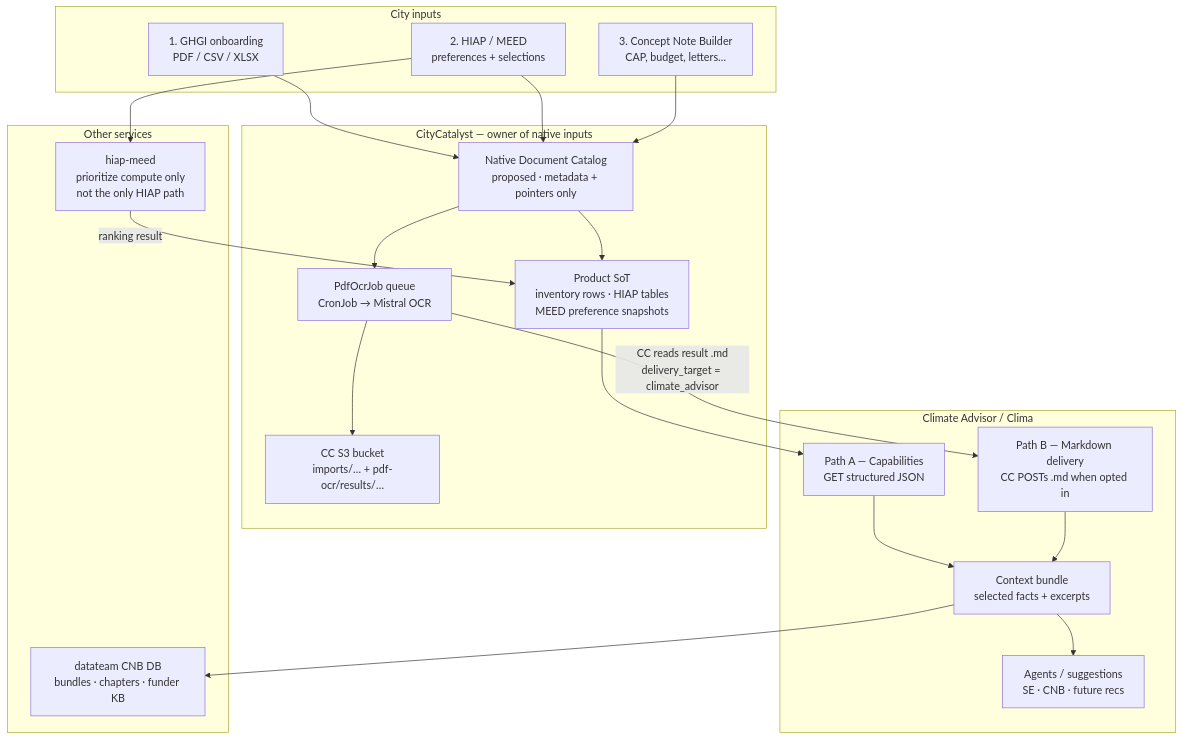
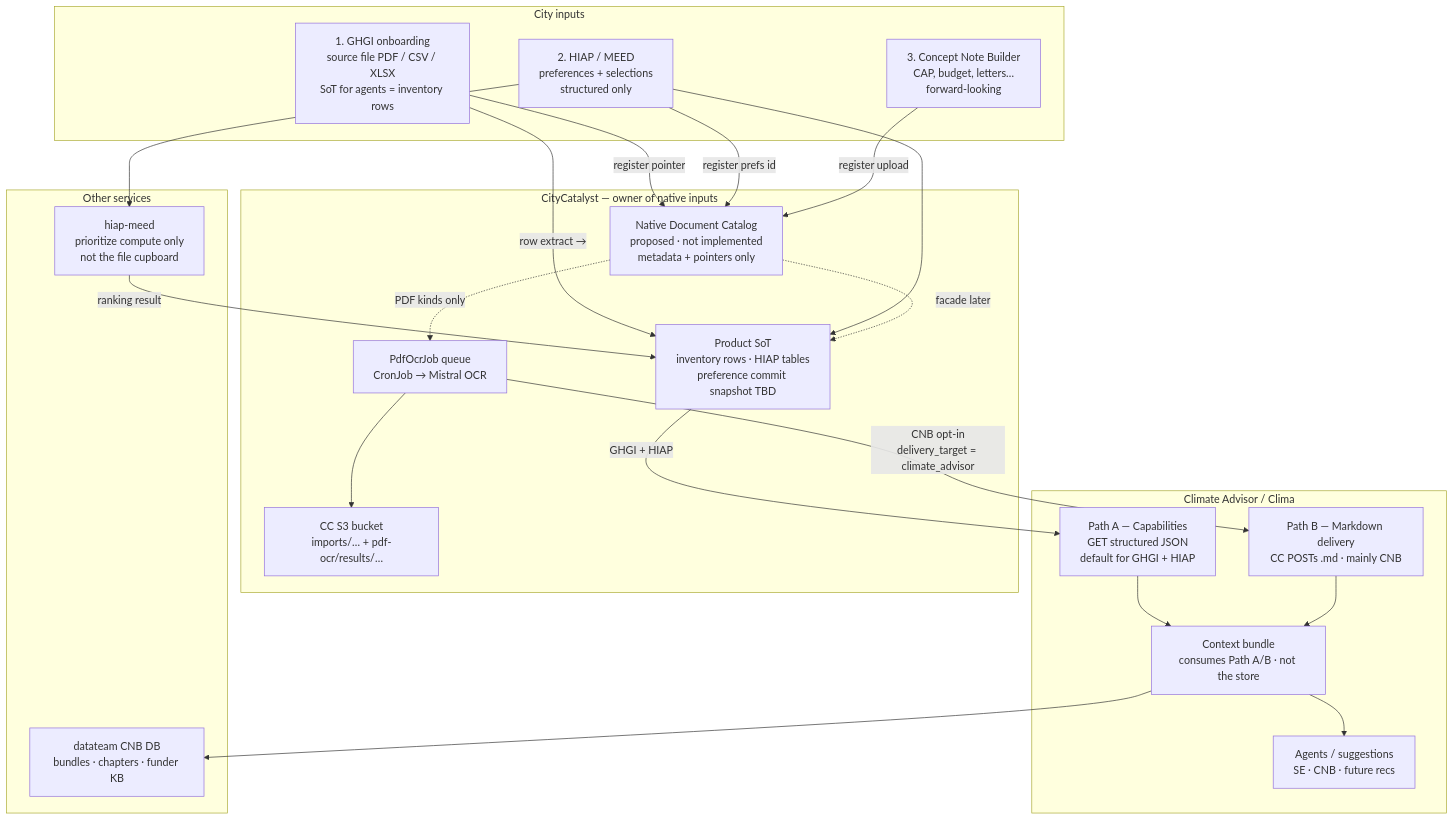
One commit to Open-Earth-Foundation/CityCatalyst changed the first of 3 diagrams in docs/NativeDocumentStorageArchitecture.md. Above: the diagram before and after it, drawn with Mermaid. The commit also changed other lines of this file, not shown here.

Commit message:
docs(CC-553): clarify Path A/B and MEED persistence after review

````diff
--- a/docs/NativeDocumentStorageArchitecture.md
+++ b/docs/NativeDocumentStorageArchitecture.md
@@ -29,45 +41,48 @@
 ```mermaid
 flowchart TB
   subgraph Intakes["City inputs"]
-    GHGI["1. GHGI onboarding<br/>PDF / CSV / XLSX"]
-    HIAP["2. HIAP / MEED<br/>preferences + selections"]
-    CNB["3. Concept Note Builder<br/>CAP, budget, letters…"]
+    GHGI["1. GHGI onboarding<br/>source file PDF / CSV / XLSX<br/>SoT for agents = inventory rows"]
+    HIAP["2. HIAP / MEED<br/>preferences + selections<br/>structured only"]
+    CNB["3. Concept Note Builder<br/>CAP, budget, letters…<br/>forward-looking"]
   end
 
   subgraph CC["CityCatalyst — owner of native inputs"]
-    Catalog["Native Document Catalog<br/>proposed · metadata + pointers only"]
+    Catalog["Native Document Catalog<br/>proposed · not implemented<br/>metadata + pointers only"]
     S3["CC S3 bucket<br/>imports/… + pdf-ocr/results/…"]
     OCR["PdfOcrJob queue<br/>CronJob → Mistral OCR"]
-    Prod["Product SoT<br/>inventory rows · HIAP tables<br/>MEED preference snapshots"]
+    Prod["Product SoT<br/>inventory rows · HIAP tables<br/>preference commit snapshot TBD"]
   end
 
   subgraph Other["Other services"]
-    MEED["hiap-meed<br/>prioritize compute only<br/>not the only HIAP path"]
+    MEED["hiap-meed<br/>prioritize compute only<br/>not the file cupboard"]
     CNBDB["datateam CNB DB<br/>bundles · chapters · funder KB"]
   end
 
   subgraph CA["Climate Advisor / Clima"]
-    PathA["Path A — Capabilities<br/>GET structured JSON"]
-    PathB["Path B — Markdown delivery<br/>CC POSTs .md when opted in"]
-    Bundle["Context bundle<br/>selected facts + excerpts"]
+    PathA["Path A — Capabilities<br/>GET structured JSON<br/>default for GHGI + HIAP"]
+    PathB["Path B — Markdown delivery<br/>CC POSTs .md · mainly CNB"]
+    Bundle["Context bundle<br/>consumes Path A/B · not the store"]
     Agents["Agents / suggestions<br/>SE · CNB · future recs"]
   end
 
-  GHGI --> Catalog
-  HIAP --> Catalog
-  CNB --> Catalog
+  GHGI -->|"register pointer"| Catalog
+  HIAP -->|"register prefs id"| Catalog
+  CNB -->|"register upload"| Catalog
 
-  Catalog --> Prod
-  Catalog --> OCR
-  OCR --> S3
+  GHGI -->|"row extract →"| Prod
+  HIAP --> Prod
   HIAP --> MEED
   MEED -->|"ranking result"| Prod
 
-  Prod --> PathA
-  OCR -->|"CC reads result .md<br/>delivery_target = climate_advisor"| PathB
+  Catalog -.->|"facade later"| Prod
+  Catalog -.->|"PDF kinds only"| OCR
+  OCR --> S3
+
+  Prod -->|"GHGI + HIAP"| PathA
+  OCR -->|"CNB opt-in<br/>delivery_target = climate_advisor"| PathB
 
   PathA --> Bundle
   PathB --> Bundle
   Bundle --> CNBDB
   Bundle --> Agents
 ```
````
